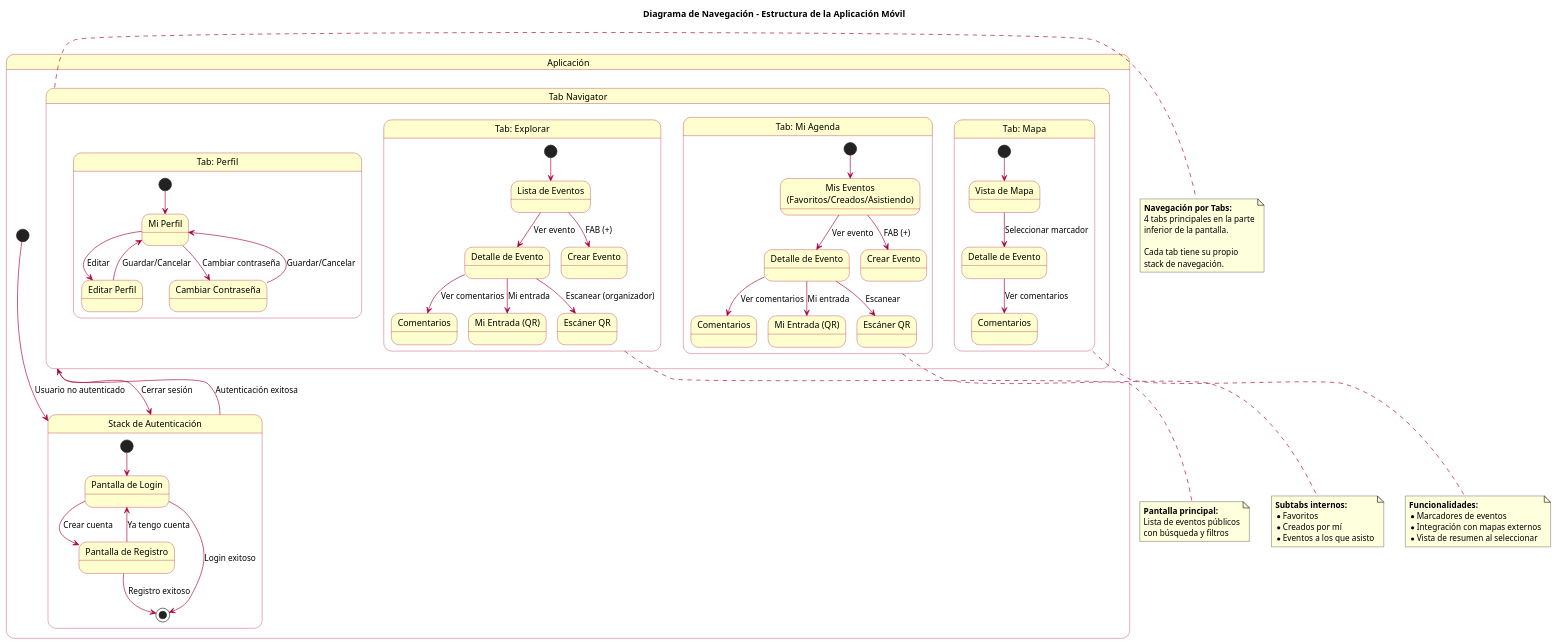
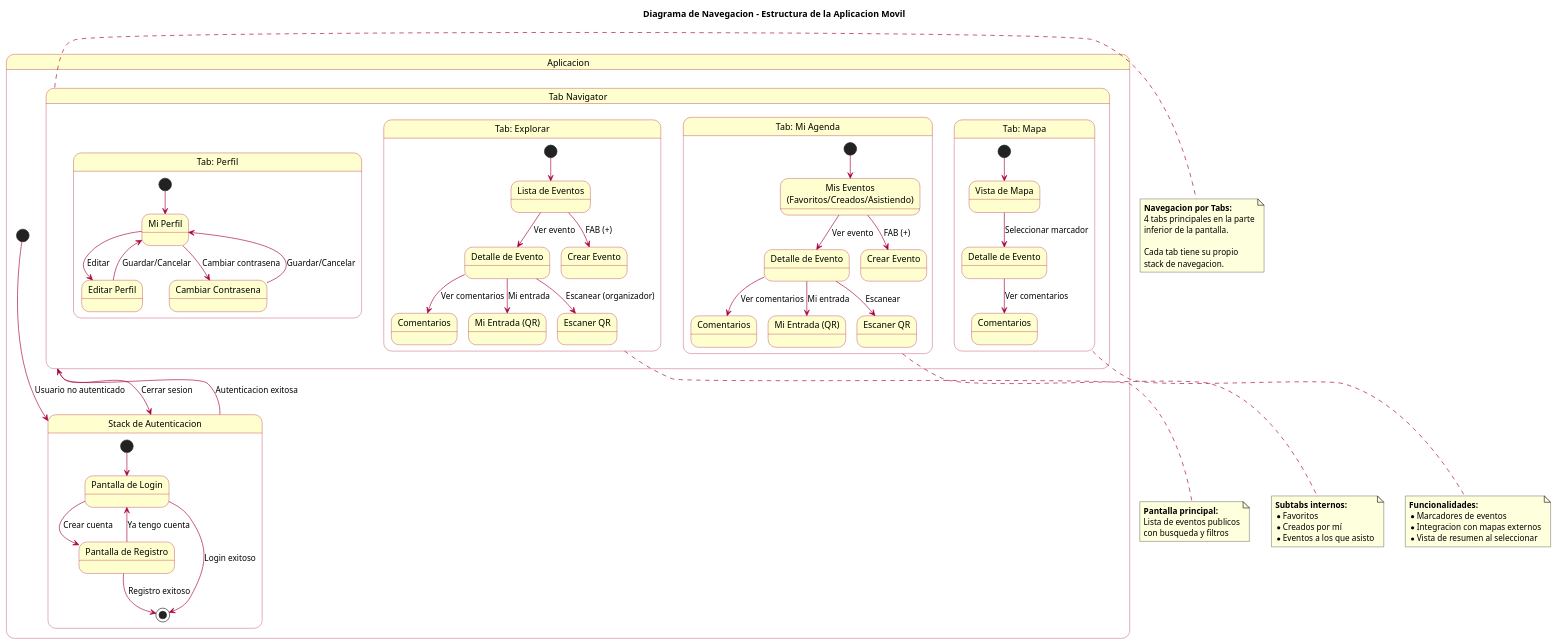
One commit to JeremyTierra/Azuevento changed the diagram in plan/diagramas/14_navegacion_app.puml. Above: the diagram before and after it, drawn with PlantUML. The commit also changed 14 other files, not shown here.

Commit message:
Refactor diagrams to standardize Spanish terminology and improve consistency

```diff
--- a/plan/diagramas/14_navegacion_app.puml
+++ b/plan/diagramas/14_navegacion_app.puml
@@ -1,112 +1,112 @@
 @startuml Navegacion_App
 skinparam stateBackgroundColor #FEFECE
 skinparam stateBorderColor #A80036
 skinparam arrowColor #A80036
 
-title Diagrama de Navegación - Estructura de la Aplicación Móvil
+title Diagrama de Navegacion - Estructura de la Aplicacion Movil
 
-state "Aplicación" as App {
+state "Aplicacion" as App {
 
-    state "Stack de Autenticación" as AuthStack {
+    state "Stack de Autenticacion" as AuthStack {
         state "Pantalla de Login" as Login
         state "Pantalla de Registro" as Register
 
         [*] --> Login
         Login --> Register : Crear cuenta
         Register --> Login : Ya tengo cuenta
         Login --> [*] : Login exitoso
         Register --> [*] : Registro exitoso
     }
 
     state "Tab Navigator" as TabNav {
 
         state "Tab: Explorar" as ExploreTab {
             state "Lista de Eventos" as ExploreHome
             state "Detalle de Evento" as EventDetail1
             state "Crear Evento" as CreateEvent1
             state "Comentarios" as Comments1
             state "Mi Entrada (QR)" as MyTicket1
-            state "Escáner QR" as Scanner1
+            state "Escaner QR" as Scanner1
 
             [*] --> ExploreHome
             ExploreHome --> EventDetail1 : Ver evento
             ExploreHome --> CreateEvent1 : FAB (+)
             EventDetail1 --> Comments1 : Ver comentarios
             EventDetail1 --> MyTicket1 : Mi entrada
             EventDetail1 --> Scanner1 : Escanear (organizador)
         }
 
         state "Tab: Mi Agenda" as MyEventsTab {
             state "Mis Eventos\n(Favoritos/Creados/Asistiendo)" as MyEventsList
             state "Detalle de Evento" as EventDetail2
             state "Crear Evento" as CreateEvent2
             state "Comentarios" as Comments2
             state "Mi Entrada (QR)" as MyTicket2
-            state "Escáner QR" as Scanner2
+            state "Escaner QR" as Scanner2
 
             [*] --> MyEventsList
             MyEventsList --> EventDetail2 : Ver evento
             MyEventsList --> CreateEvent2 : FAB (+)
             EventDetail2 --> Comments2 : Ver comentarios
             EventDetail2 --> MyTicket2 : Mi entrada
             EventDetail2 --> Scanner2 : Escanear
         }
 
         state "Tab: Mapa" as MapTab {
             state "Vista de Mapa" as MapMain
             state "Detalle de Evento" as EventDetail3
             state "Comentarios" as Comments3
 
             [*] --> MapMain
             MapMain --> EventDetail3 : Seleccionar marcador
             EventDetail3 --> Comments3 : Ver comentarios
         }
 
         state "Tab: Perfil" as ProfileTab {
             state "Mi Perfil" as ProfileMain
             state "Editar Perfil" as EditProfile
-            state "Cambiar Contraseña" as ChangePassword
+            state "Cambiar Contrasena" as ChangePassword
 
             [*] --> ProfileMain
             ProfileMain --> EditProfile : Editar
-            ProfileMain --> ChangePassword : Cambiar contraseña
+            ProfileMain --> ChangePassword : Cambiar contrasena
             EditProfile --> ProfileMain : Guardar/Cancelar
             ChangePassword --> ProfileMain : Guardar/Cancelar
         }
     }
 
     [*] --> AuthStack : Usuario no autenticado
-    AuthStack --> TabNav : Autenticación exitosa
-    TabNav --> AuthStack : Cerrar sesión
+    AuthStack --> TabNav : Autenticacion exitosa
+    TabNav --> AuthStack : Cerrar sesion
 }
 
 note right of TabNav
-  **Navegación por Tabs:**
+  **Navegacion por Tabs:**
   4 tabs principales en la parte
   inferior de la pantalla.
 
   Cada tab tiene su propio
-  stack de navegación.
+  stack de navegacion.
 end note
 
 note bottom of ExploreTab
   **Pantalla principal:**
-  Lista de eventos públicos
-  con búsqueda y filtros
+  Lista de eventos publicos
+  con busqueda y filtros
 end note
 
 note bottom of MyEventsTab
   **Subtabs internos:**
   * Favoritos
   * Creados por mí
   * Eventos a los que asisto
 end note
 
 note bottom of MapTab
   **Funcionalidades:**
   * Marcadores de eventos
-  * Integración con mapas externos
+  * Integracion con mapas externos
   * Vista de resumen al seleccionar
 end note
 
 @enduml
```
